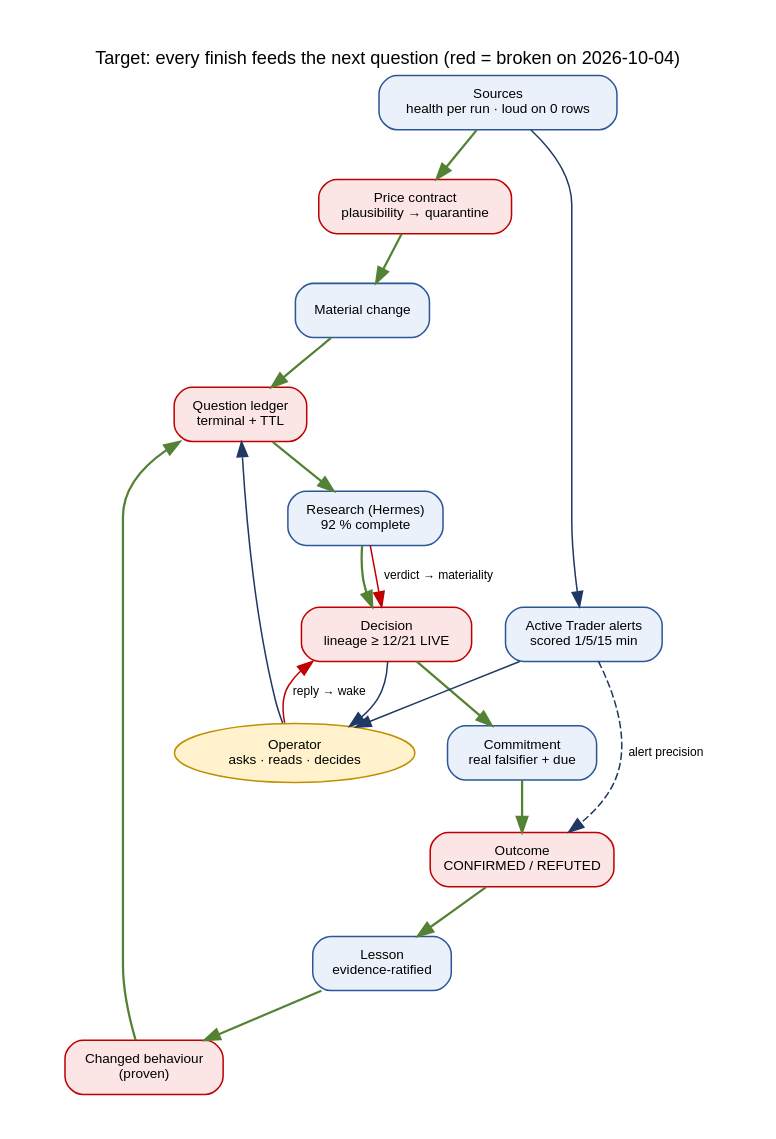
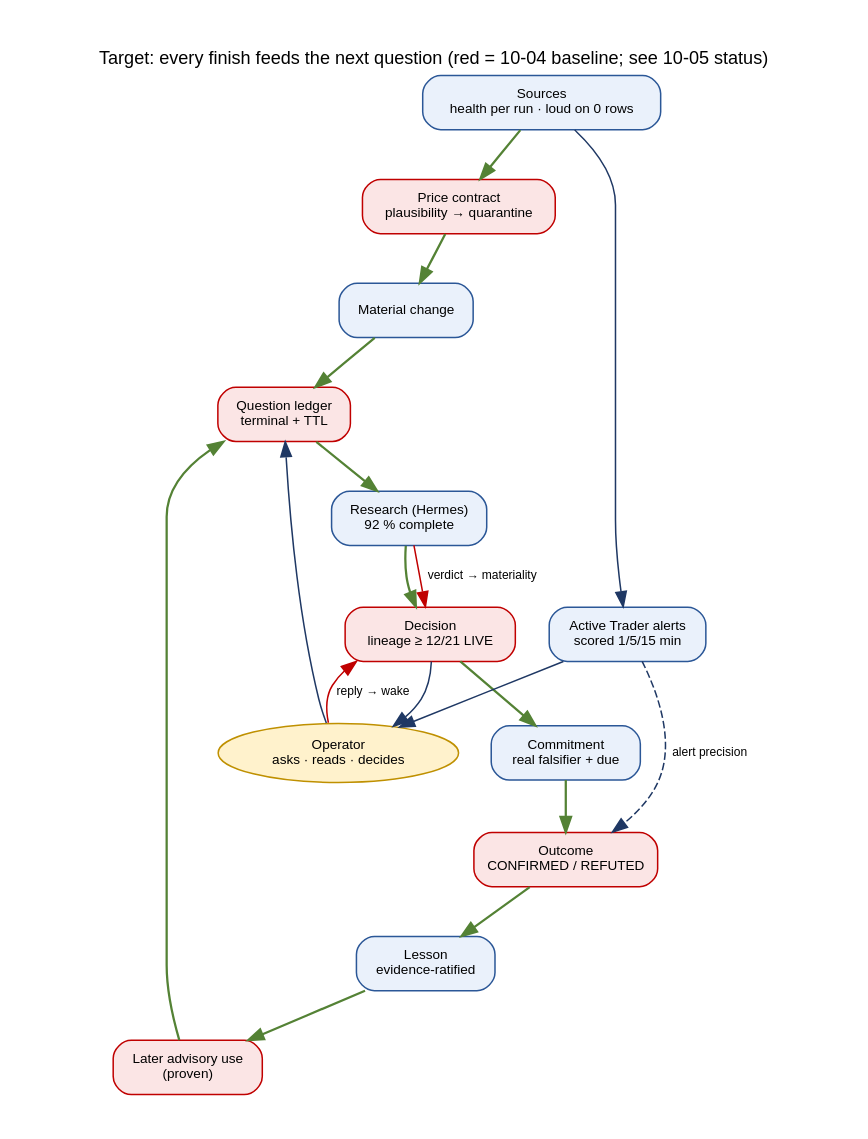
Before and after one commit to PatsKiller/tardeai: the diagram in docs/architecture/TRADE_AI_FUTURE_STATE_LIFECYCLES_2026-10-04.md, drawn with Graphviz. The commit also changed other lines of this file and 4 other files, not shown here.

````diff
--- a/docs/architecture/TRADE_AI_FUTURE_STATE_LIFECYCLES_2026-10-04.md
+++ b/docs/architecture/TRADE_AI_FUTURE_STATE_LIFECYCLES_2026-10-04.md
@@ -25,18 +43,18 @@
 ```dot
 digraph target_1004 {
-  graph [rankdir=TB, fontname="Helvetica", fontsize=12, label="Target: every finish feeds the next question (red = broken on 2026-10-04)", labelloc=t, nodesep=0.3, ranksep=0.45, pad=0.3];
+  graph [rankdir=TB, fontname="Helvetica", fontsize=12, label="Target: every finish feeds the next question (red = 10-04 baseline; see 10-05 status)", labelloc=t, nodesep=0.3, ranksep=0.45, pad=0.3];
   node [shape=box, style="rounded,filled", fontname="Helvetica", fontsize=9, color="#2B5797", fillcolor="#EAF1FB"];
   edge [color="#1F3864", fontname="Helvetica", fontsize=8];
   src [label="Sources\nhealth per run · loud on 0 rows"]; px [label="Price contract\nplausibility → quarantine", fillcolor="#FBE5E5", color="#C00000"];
   mc [label="Material change"]; q [label="Question ledger\nterminal + TTL", fillcolor="#FBE5E5", color="#C00000"];
   res [label="Research (Hermes)\n92 % complete"]; dec [label="Decision\nlineage ≥ 12/21 LIVE", fillcolor="#FBE5E5", color="#C00000"];
   com [label="Commitment\nreal falsifier + due"]; out [label="Outcome\nCONFIRMED / REFUTED", fillcolor="#FBE5E5", color="#C00000"];
-  les [label="Lesson\nevidence-ratified"]; beh [label="Changed behaviour\n(proven)", fillcolor="#FBE5E5", color="#C00000"];
+  les [label="Lesson\nevidence-ratified"]; beh [label="Later advisory use\n(proven)", fillcolor="#FBE5E5", color="#C00000"];
   op [label="Operator\nasks · reads · decides", shape=oval, fillcolor="#FFF2CC", color="#BF9000"];
   at [label="Active Trader alerts\nscored 1/5/15 min"];
   src -> px -> mc -> q -> res -> dec -> com -> out -> les -> beh -> q [color="#548235", penwidth=1.5];
   res -> dec [label="verdict → materiality", color="#C00000"];
   op -> q; dec -> op; op -> dec [label="reply → wake", color="#C00000"];
   src -> at -> op; at -> out [style=dashed, label="alert precision"];
 }
 ```
````
